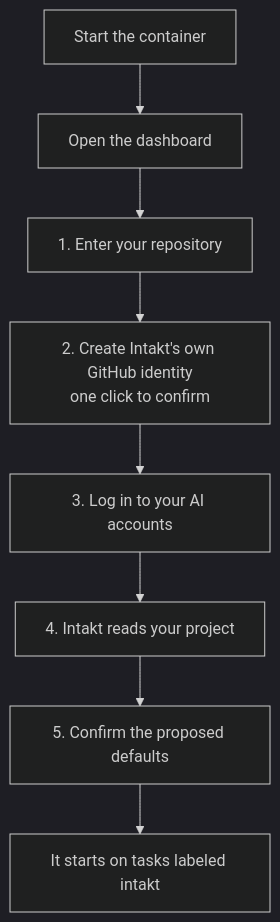
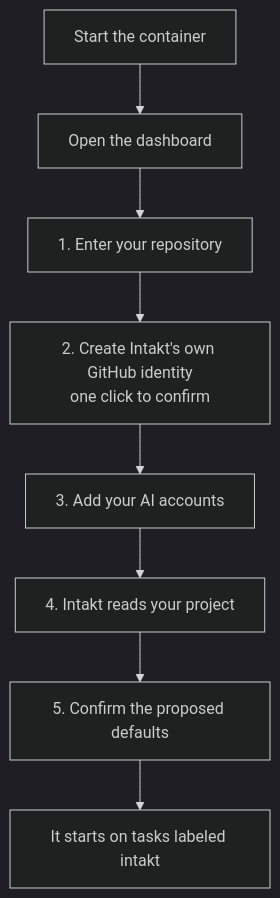
Before and after one commit to shinyredapples/intakt: the first of 2 diagrams in docs/guide/setting-up-intakt.md, drawn with Mermaid (dark theme). The commit also changed 5 other files, not shown here.

````diff
--- a/docs/guide/setting-up-intakt.md
+++ b/docs/guide/setting-up-intakt.md
@@ -9,10 +9,10 @@
 ```mermaid
 flowchart TD
   run[Start the container] --> open[Open the dashboard]
   open --> repo[1. Enter your repository]
   repo --> app[2. Create Intakt's own GitHub identity<br/>one click to confirm]
-  app --> ai[3. Log in to your AI accounts]
+  app --> ai[3. Add your AI accounts]
   ai --> read[4. Intakt reads your project]
   read --> defaults[5. Confirm the proposed defaults]
   defaults --> go[It starts on tasks labeled intakt]
 ```
````
